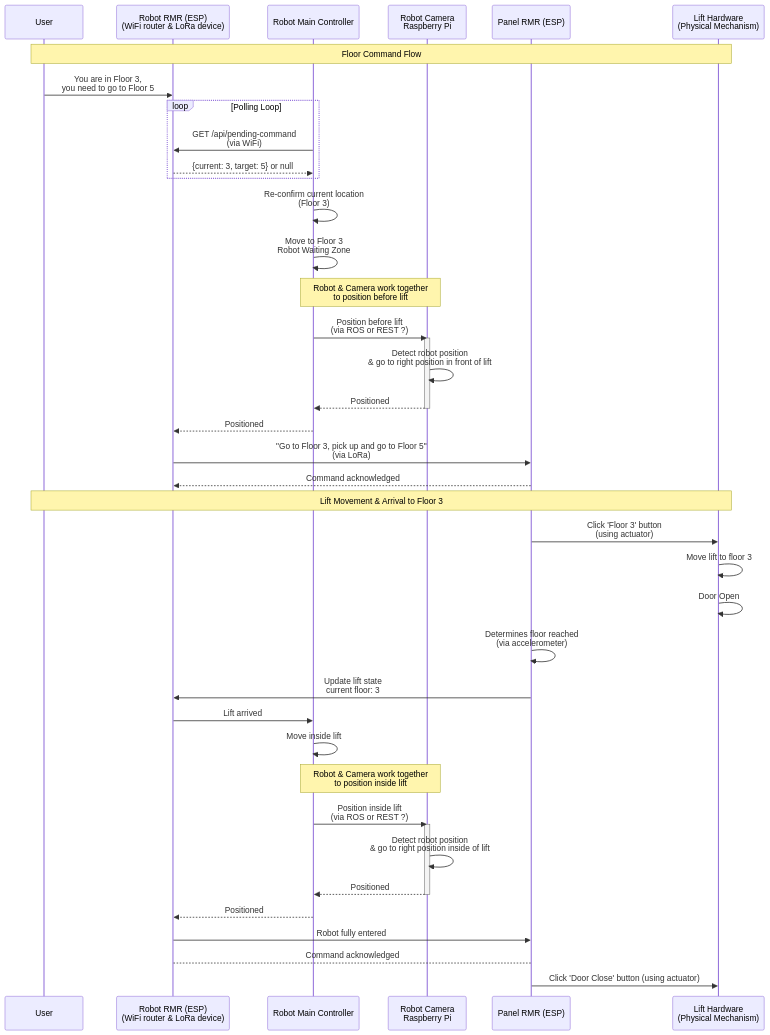
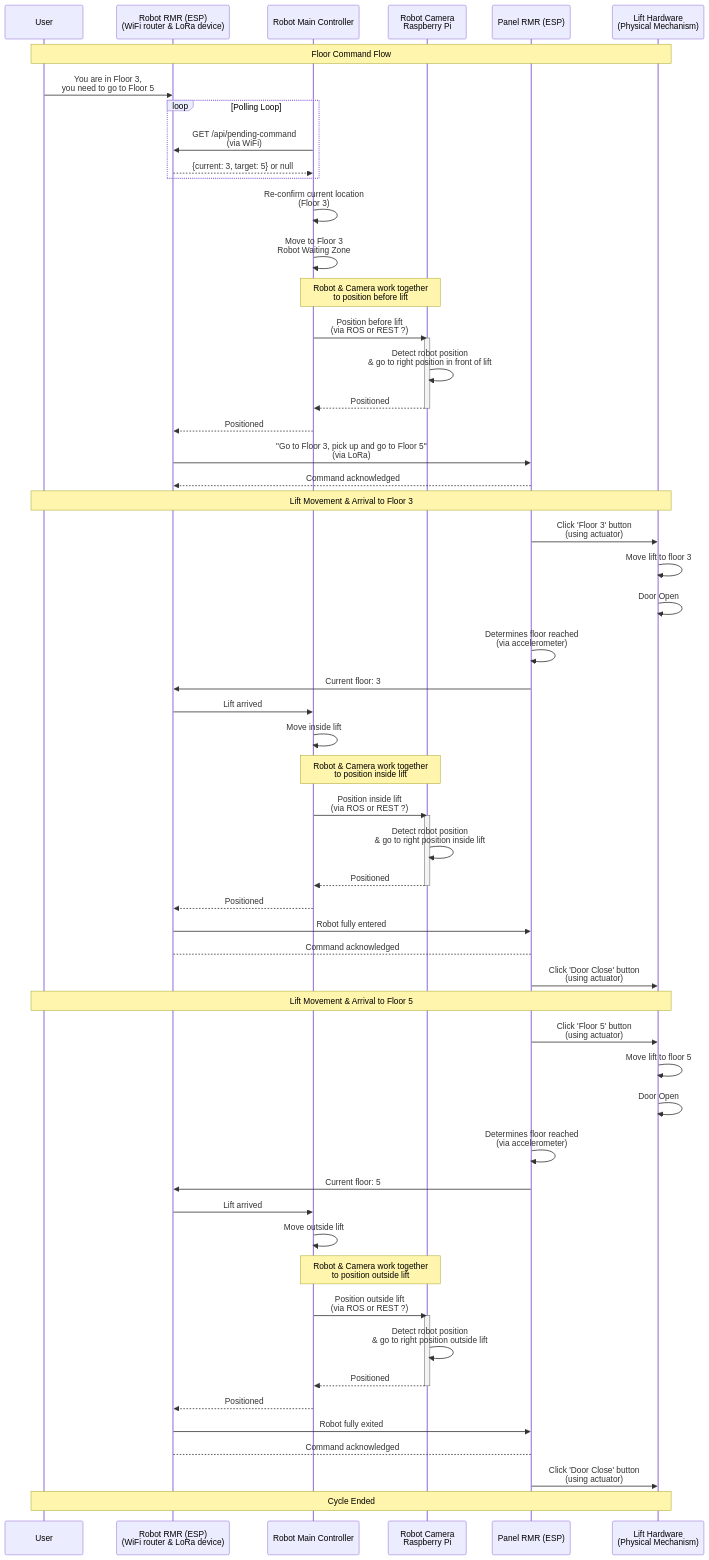
One commit to in-is-ah/rmr changed the first of 2 diagrams in sequence_diagram.md. Above: the diagram before and after it, drawn with Mermaid.

````diff
--- a/sequence_diagram.md
+++ b/sequence_diagram.md
@@ -5,48 +5,68 @@
 ```mermaid
 sequenceDiagram
     participant User
     participant ClientPi as Robot RMR (ESP)<br/>(WiFi router & LoRa device)
     participant RobotMainController as Robot Main Controller
     participant CameraModule as Robot Camera<br/>Raspberry Pi
     participant LiftService as Panel RMR (ESP)
     participant LiftHardware as Lift Hardware<br/>(Physical Mechanism)
 
     Note over User,LiftHardware: Floor Command Flow
     User->>ClientPi: You are in Floor 3,<br/>you need to go to Floor 5
     loop Polling Loop
         RobotMainController->>ClientPi: GET /api/pending-command<br/>(via WiFi)
         ClientPi-->>RobotMainController: {current: 3, target: 5} or null
     end
     RobotMainController->>RobotMainController: Re-confirm current location<br/>(Floor 3)
     RobotMainController->>RobotMainController: Move to Floor 3<br/>Robot Waiting Zone
     Note over RobotMainController,CameraModule: Robot & Camera work together<br/>to position before lift
     RobotMainController->>CameraModule: Position before lift<br/>(via ROS or REST ?)
     activate CameraModule
     CameraModule->>CameraModule: Detect robot position<br/>& go to right position in front of lift
     CameraModule-->>RobotMainController: Positioned
     deactivate CameraModule
     RobotMainController-->>ClientPi: Positioned
     ClientPi->>LiftService: "Go to Floor 3, pick up and go to Floor 5"<br/>(via LoRa)
     LiftService-->>ClientPi: Command acknowledged
     
     Note over User,LiftHardware: Lift Movement & Arrival to Floor 3
     LiftService->>LiftHardware: Click 'Floor 3' button<br/>(using actuator)
     LiftHardware->>LiftHardware: Move lift to floor 3
     LiftHardware->>LiftHardware: Door Open
     LiftService->>LiftService: Determines floor reached<br/>(via accelerometer)
-    LiftService->>ClientPi: Update lift state<br/>current floor: 3
+    LiftService->>ClientPi: Current floor: 3
     ClientPi->>RobotMainController: Lift arrived
     RobotMainController->>RobotMainController: Move inside lift
     Note over RobotMainController,CameraModule: Robot & Camera work together<br/>to position inside lift
     RobotMainController->>CameraModule: Position inside lift<br/>(via ROS or REST ?)
     activate CameraModule
-    CameraModule->>CameraModule: Detect robot position<br/>& go to right position inside of lift
+    CameraModule->>CameraModule: Detect robot position<br/>& go to right position inside lift
     CameraModule-->>RobotMainController: Positioned
     deactivate CameraModule
     RobotMainController-->>ClientPi: Positioned
     ClientPi->>LiftService: Robot fully entered
     LiftService-->ClientPi: Command acknowledged
-    LiftService->>LiftHardware: Click 'Door Close' button (using actuator)
+    LiftService->>LiftHardware: Click 'Door Close' button<br/>(using actuator)
 
+    Note over User,LiftHardware: Lift Movement & Arrival to Floor 5
+    LiftService->>LiftHardware: Click 'Floor 5' button<br/>(using actuator)
+    LiftHardware->>LiftHardware: Move lift to floor 5
+    LiftHardware->>LiftHardware: Door Open
+    LiftService->>LiftService: Determines floor reached<br/>(via accelerometer)
+    LiftService->>ClientPi: Current floor: 5
+    ClientPi->>RobotMainController: Lift arrived
+    RobotMainController->>RobotMainController: Move outside lift
+    Note over RobotMainController,CameraModule: Robot & Camera work together<br/>to position outside lift
+    RobotMainController->>CameraModule: Position outside lift<br/>(via ROS or REST ?)
+    activate CameraModule
+    CameraModule->>CameraModule: Detect robot position<br/>& go to right position outside lift
+    CameraModule-->>RobotMainController: Positioned
+    deactivate CameraModule
+    RobotMainController-->>ClientPi: Positioned
+    ClientPi->>LiftService: Robot fully exited
+    LiftService-->ClientPi: Command acknowledged
+    LiftService->>LiftHardware: Click 'Door Close' button<br/>(using actuator)
+    
+    Note over User,LiftHardware: Cycle Ended
     
 ```
````
